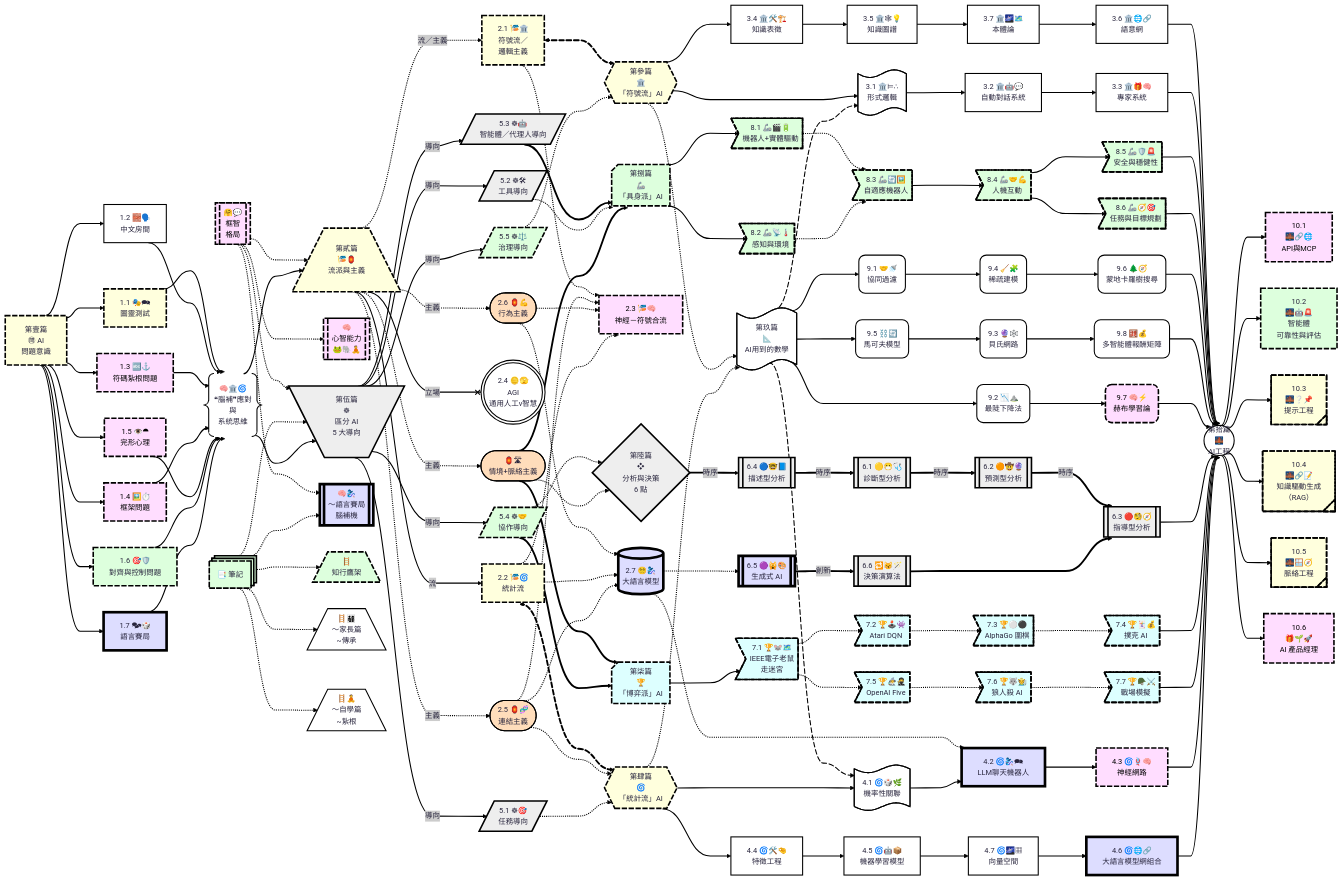
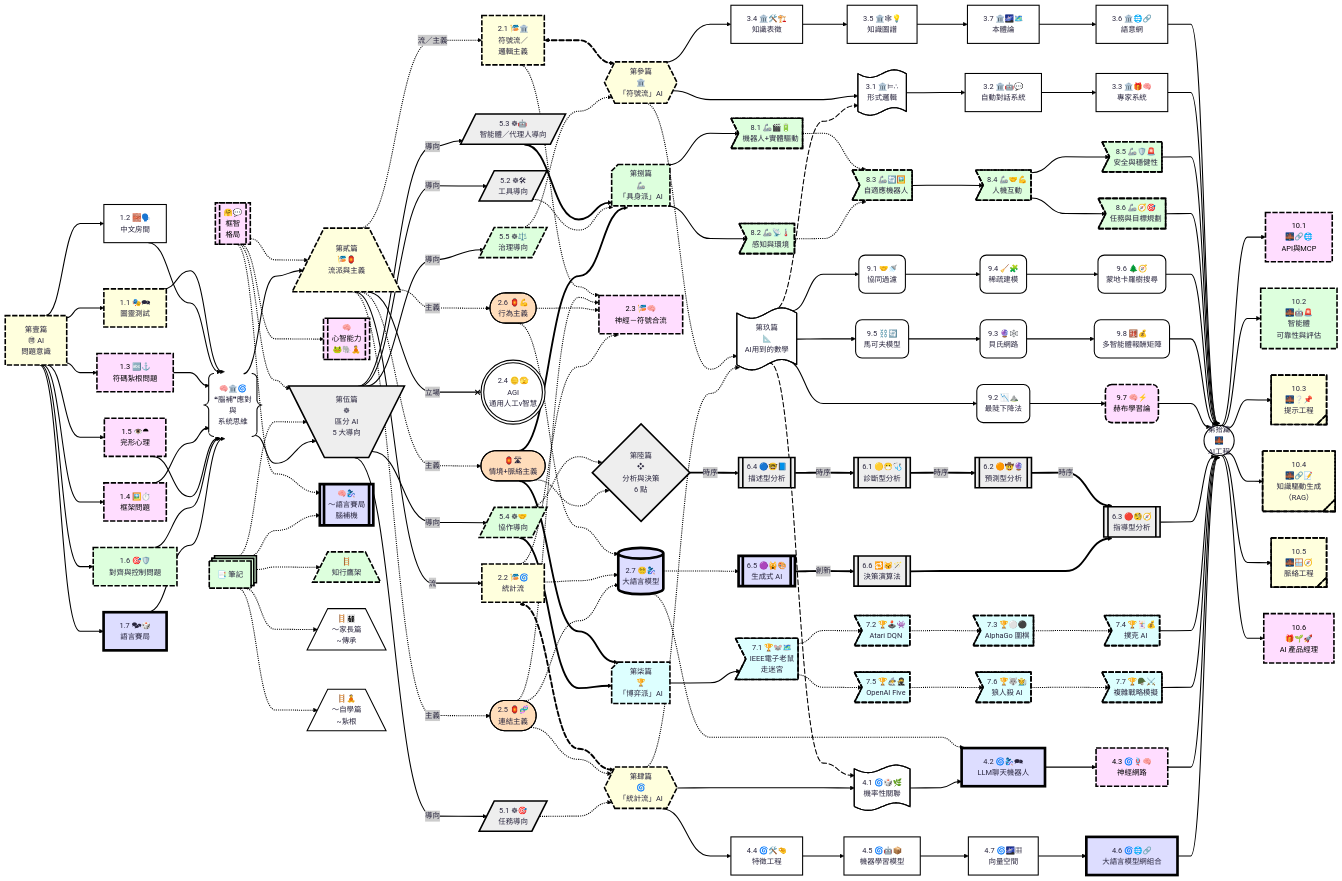
The diagram in appendix-mindmap.zh-hant.qmd (hanteng/frmAI), drawn with Mermaid before and after one commit. The commit also changed 2 other files, not shown here.

Commit message:
Update _quarto-zh-hant.yml
07-07-battlefield_simulation.zh-hant.md

```diff
--- a/appendix-mindmap.zh-hant.qmd
+++ b/appendix-mindmap.zh-hant.qmd
@@ -294,7 +294,7 @@
   C7d>7.4 🏆🃏💰 <br/>撲克 AI]
   C7e>7.5 🏆🧙‍♂🥷 <br/>OpenAI Five]
   C7f>7.6 🏆🐺🧑‍🌾 <br/>狼人殺 AI]
-  C7g>7.7 🏆🪖⚔️ <br/>戰場模擬]
+  C7g>7.7 🏆🪖⚔️ <br/>複雜戰略模擬]
   C7 --> C7a -.-> C7b -.-> C7c -.-> C7d 
   C7a -.-> C7e -.-> C7f -.-> C7g 
   click C7 "07----game_ai.zh-hant.html"
@@ -304,7 +304,7 @@
   click C7d "07-04-poker_ai.zh-hant.html"
   click C7e "07-05-openai_five.zh-hant.html"
   click C7f "07-06-werewolf_ai.zh-hant.html"
-  click C7g "07-07-battlefield_simulation.zh-hant.html"
+  click C7g "07-07-complex_strategic_simulation.zh-hant.html"
 
 %%%%%%%%%%%%%%%%%%%%%%%%%%%%%%%%%%%%%%
   C4 -.-> C9
```
